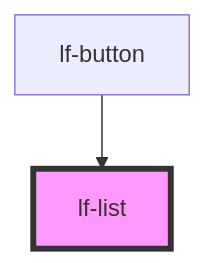
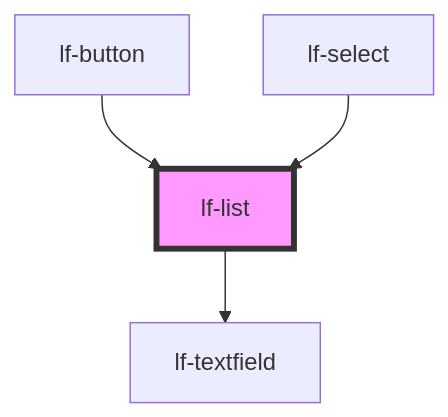
One commit to lucafoscili/lf-widgets changed the diagram in packages/core/src/components/lf-list/readme.md. Above: the diagram before and after it, drawn with Mermaid. The commit also changed other lines of this file and 21 other files, not shown here.

````diff
--- a/packages/core/src/components/lf-list/readme.md
+++ b/packages/core/src/components/lf-list/readme.md
@@ -161,5 +216,7 @@
 ```mermaid
 graph TD;
+  lf-list --> lf-textfield
   lf-button --> lf-list
+  lf-select --> lf-list
   style lf-list fill:#f9f,stroke:#333,stroke-width:4px
 ```
````
